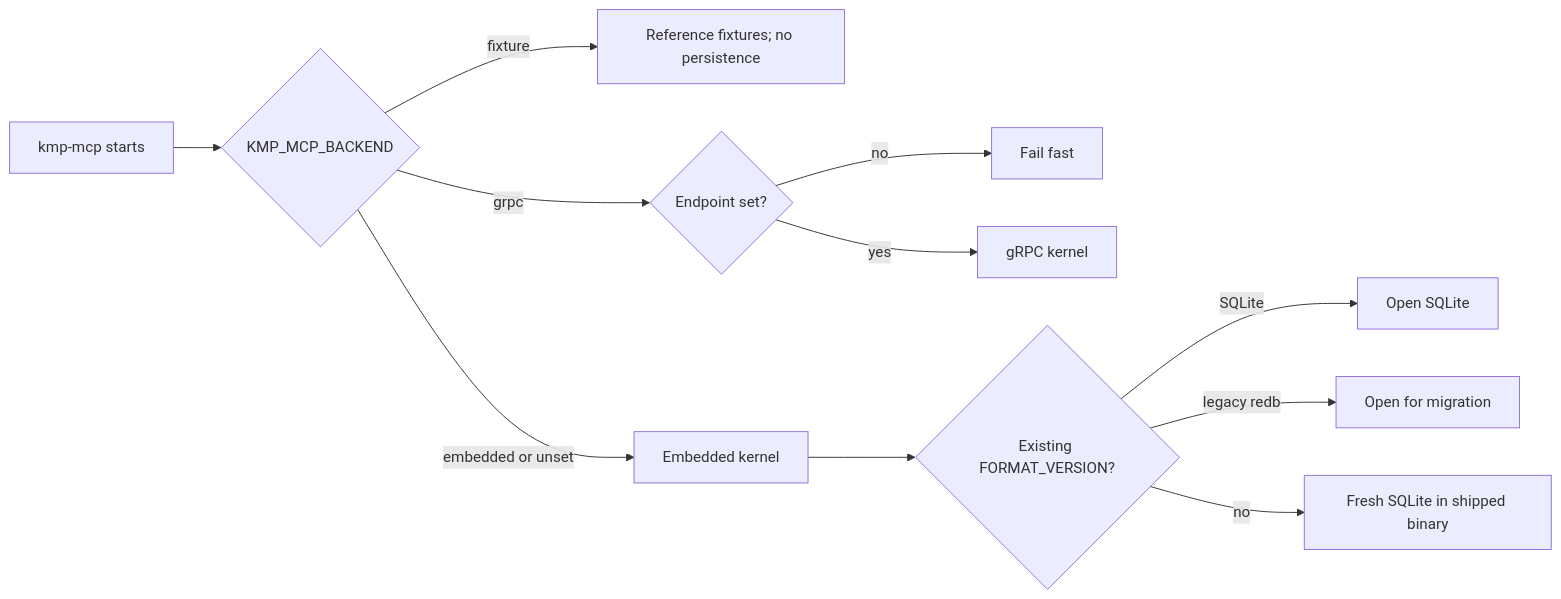
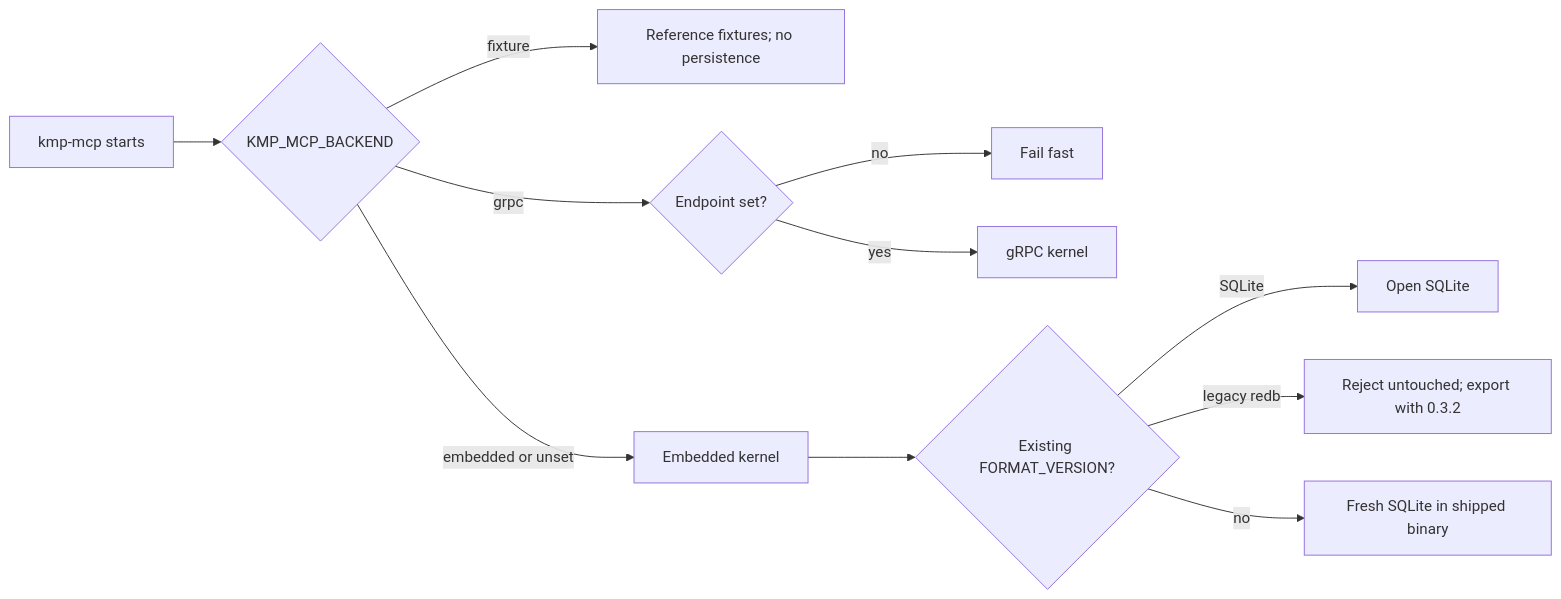
Before and after one commit to underpass-ai/kmp: the fourth of 4 diagrams in docs/architecture/README.md, drawn with Mermaid. The commit also changed 37 other files, not shown here.

````diff
--- a/docs/architecture/README.md
+++ b/docs/architecture/README.md
@@ -117,13 +117,13 @@
 ```mermaid
 flowchart LR
     START[kmp-mcp starts] --> B{KMP_MCP_BACKEND}
     B -->|fixture| F[Reference fixtures; no persistence]
     B -->|grpc| R{Endpoint set?}
     R -->|no| FAIL[Fail fast]
     R -->|yes| G[gRPC kernel]
     B -->|embedded or unset| E[Embedded kernel]
     E --> D{Existing FORMAT_VERSION?}
     D -->|SQLite| X[Open SQLite]
-    D -->|legacy redb| L[Open for migration]
+    D -->|legacy redb| L[Reject untouched; export with 0.3.2]
     D -->|no| Q[Fresh SQLite in shipped binary]
 ```
````
